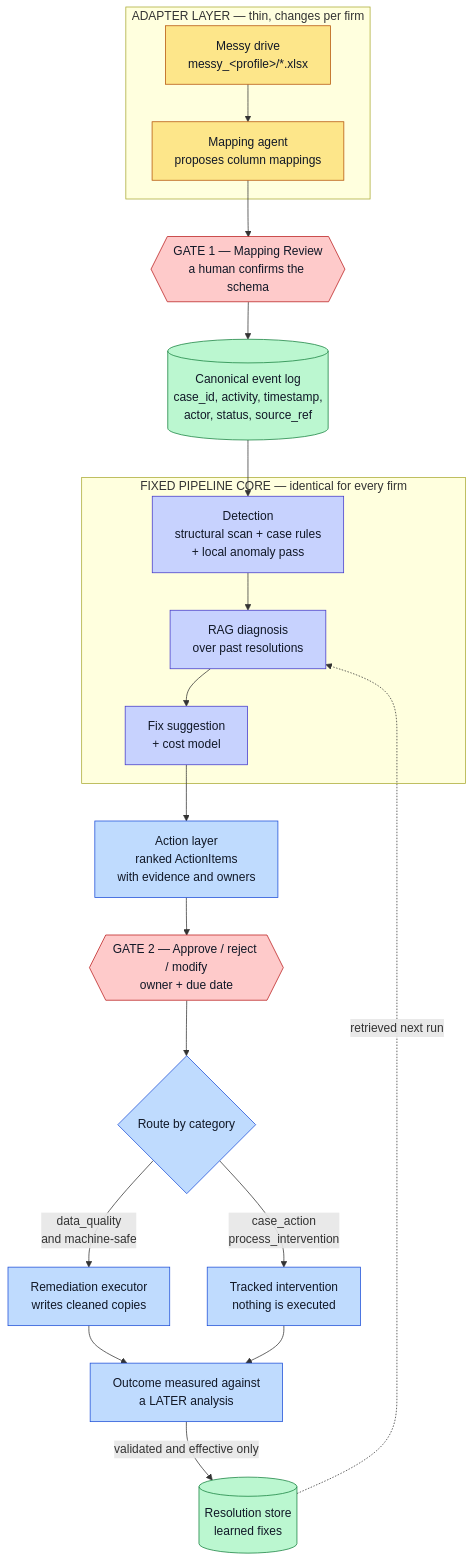
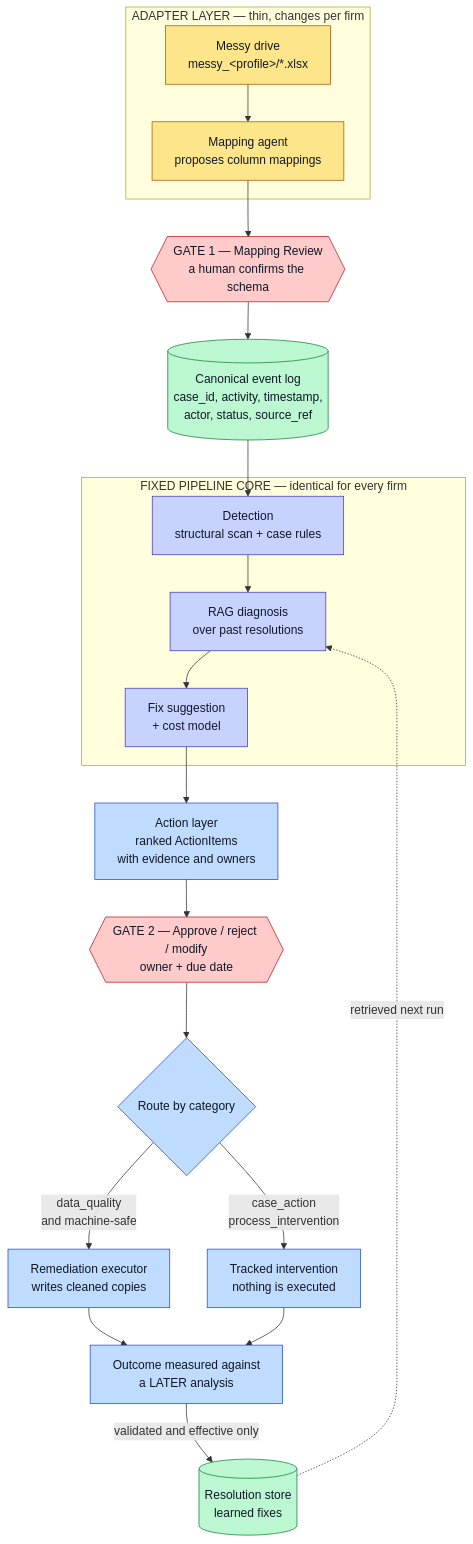
Before and after one commit to Emmett-M-Dev/bottleneck-ingest: the first of 2 diagrams in wiki/System-Architecture.md, drawn with Mermaid. The commit also changed other lines of this file and 16 other files, not shown here.

````diff
--- a/wiki/System-Architecture.md
+++ b/wiki/System-Architecture.md
@@ -13,40 +13,40 @@
 ```mermaid
 flowchart TD
     subgraph ADAPT["ADAPTER LAYER — thin, changes per firm"]
         F["Messy drive<br/>messy_&lt;profile&gt;/*.xlsx"] --> M["Mapping agent<br/>proposes column mappings"]
     end
 
     M --> G1{{"GATE 1 — Mapping Review<br/>a human confirms the schema"}}
     G1 --> L[("Canonical event log<br/>case_id, activity, timestamp,<br/>actor, status, source_ref")]
 
     subgraph CORE["FIXED PIPELINE CORE — identical for every firm"]
-        D["Detection<br/>structural scan + case rules<br/>+ local anomaly pass"]
+        D["Detection<br/>structural scan + case rules"]
         R["RAG diagnosis<br/>over past resolutions"]
         S["Fix suggestion<br/>+ cost model"]
         D --> R --> S
     end
 
     L --> D
     S --> A["Action layer<br/>ranked ActionItems<br/>with evidence and owners"]
     A --> G2{{"GATE 2 — Approve / reject / modify<br/>owner + due date"}}
     G2 --> RT{"Route by category"}
 
     RT -->|"data_quality<br/>and machine-safe"| EX["Remediation executor<br/>writes cleaned copies"]
     RT -->|"case_action<br/>process_intervention"| TR["Tracked intervention<br/>nothing is executed"]
 
     EX --> OU["Outcome measured against<br/>a LATER analysis"]
     TR --> OU
     OU -->|"validated and effective only"| KB[("Resolution store<br/>learned fixes")]
     KB -.->|"retrieved next run"| R
 
     classDef inp fill:#fde68a,stroke:#b45309,color:#111827
     classDef gate fill:#fecaca,stroke:#b91c1c,color:#111827
     classDef store fill:#bbf7d0,stroke:#15803d,color:#111827
     classDef core fill:#c7d2fe,stroke:#4338ca,color:#111827
     classDef act fill:#bfdbfe,stroke:#1d4ed8,color:#111827
     class F,M inp
     class G1,G2 gate
     class L,KB store
     class D,R,S core
     class A,RT,EX,TR,OU act
 ```
````
